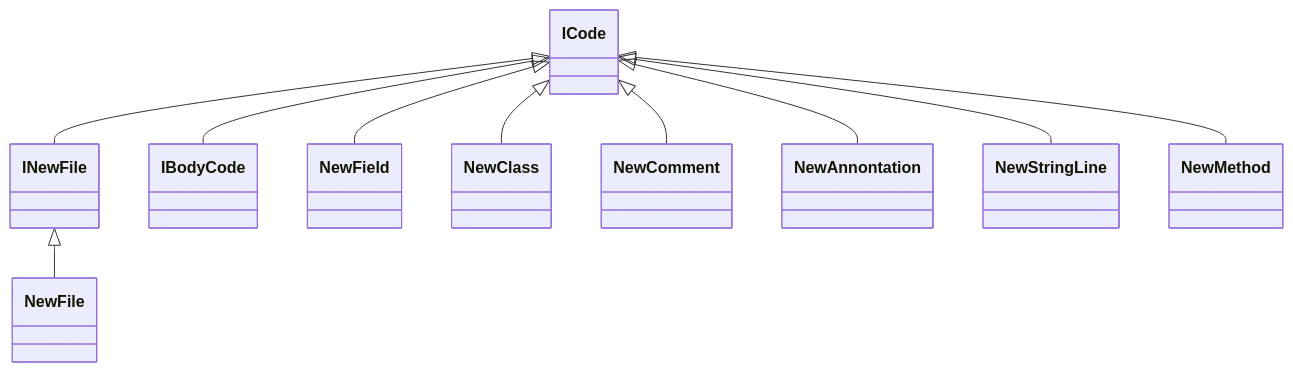
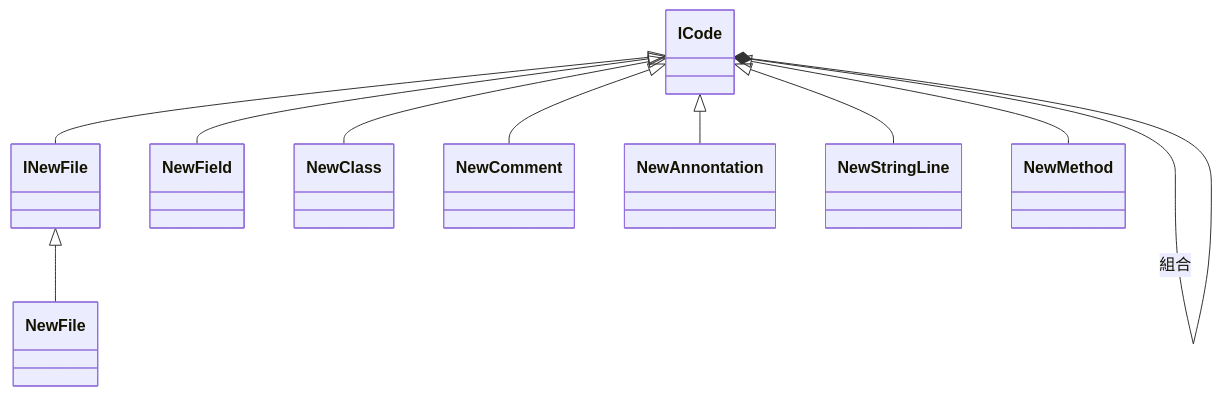
Before and after one commit to h8000572003/commons-all: the diagram in commons-generator/README.md, drawn with Mermaid. The commit also changed other lines of this file, not shown here.

Commit message:
加入說明

````diff
--- a/commons-generator/README.md
+++ b/commons-generator/README.md
@@ -68,18 +69,15 @@
 ```mermaid
 classDiagram
   
     ICode <|-- INewFile
-    ICode <|-- IBodyCode
-  
-   
-
+    ICode *-- ICode : 組合
     ICode <|-- NewField
     ICode <|-- NewClass
     ICode <|-- NewComment
     ICode <|-- NewAnnontation
     ICode <|-- NewStringLine
     ICode <|-- NewMethod
 
     INewFile <|-- NewFile
   
 ```
````
